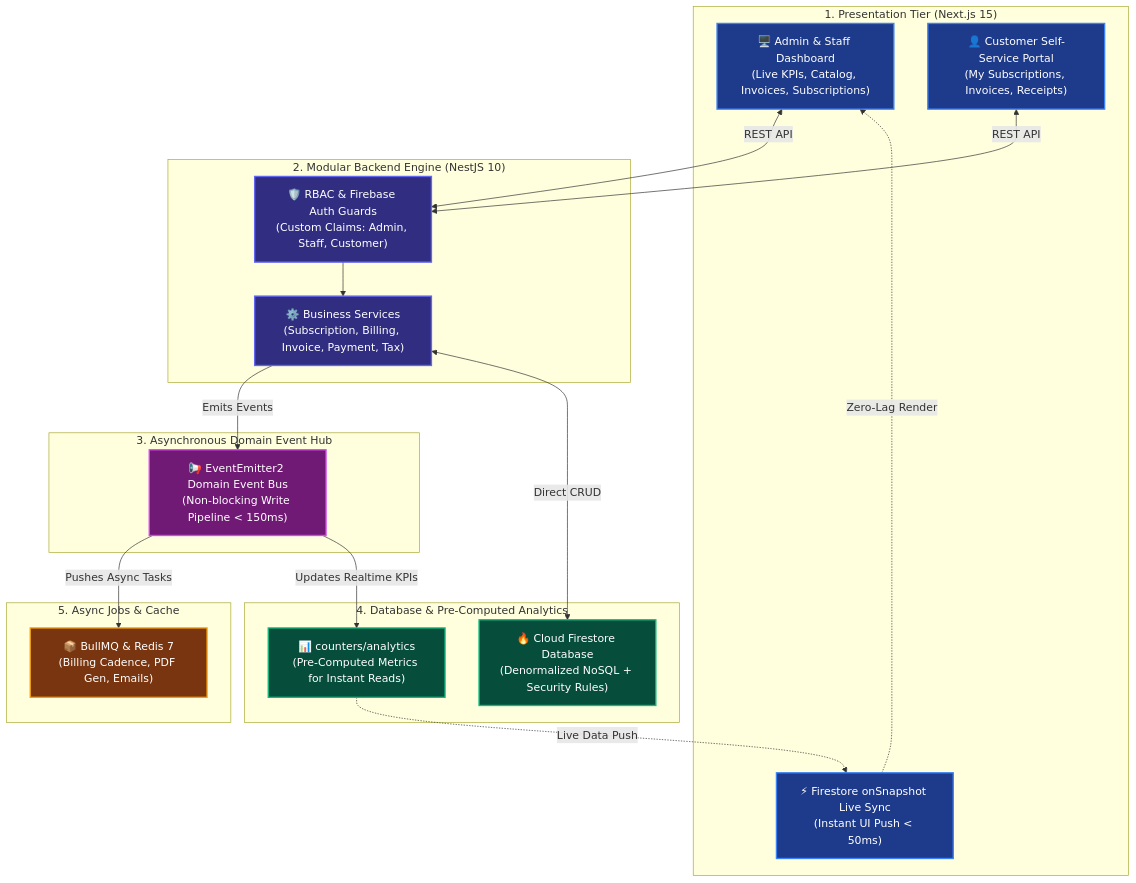
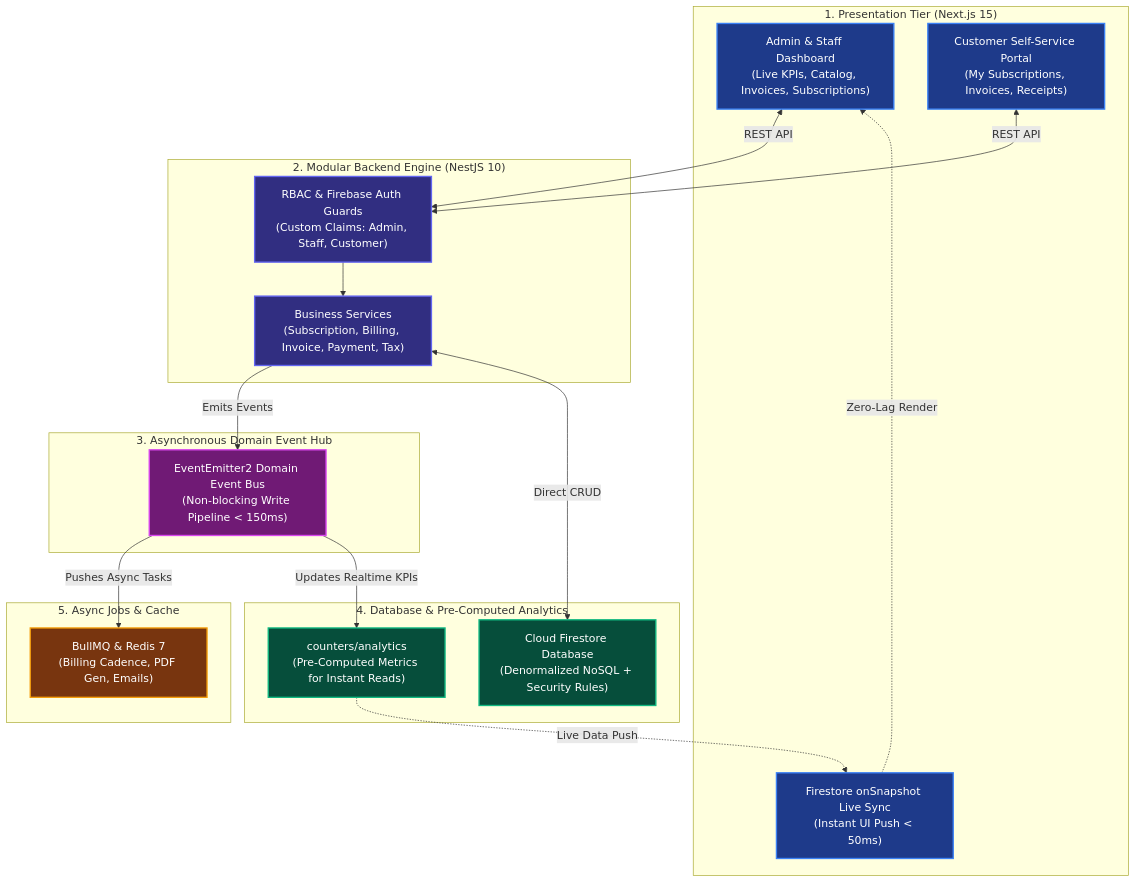
One commit to anandhukrishnaas1/SubFlow changed the diagram in README.md. Above: the diagram before and after it, drawn with Mermaid. The commit also changed other lines of this file and 1 other file, not shown here.

````diff
--- a/README.md
+++ b/README.md
@@ -18,43 +18,43 @@
 ```mermaid
 flowchart TB
     %% Styling Classes
     classDef clientTier fill:#1e3a8a,stroke:#3b82f6,stroke-width:2px,color:#ffffff;
     classDef apiTier fill:#312e81,stroke:#6366f1,stroke-width:2px,color:#ffffff;
     classDef eventTier fill:#701a75,stroke:#d946ef,stroke-width:2px,color:#ffffff;
     classDef dataTier fill:#064e3b,stroke:#10b981,stroke-width:2px,color:#ffffff;
     classDef asyncTier fill:#78350f,stroke:#f59e0b,stroke-width:2px,color:#ffffff;
 
     subgraph CLIENT["1. Presentation Tier (Next.js 15)"]
-        ADMIN_UI["🖥️ Admin & Staff Dashboard<br/>(Live KPIs, Catalog, Invoices, Subscriptions)"]:::clientTier
-        PORTAL_UI["👤 Customer Self-Service Portal<br/>(My Subscriptions, Invoices, Receipts)"]:::clientTier
-        LIVE_SYNC["⚡ Firestore onSnapshot Live Sync<br/>(Instant UI Push < 50ms)"]:::clientTier
+        ADMIN_UI["Admin & Staff Dashboard<br/>(Live KPIs, Catalog, Invoices, Subscriptions)"]:::clientTier
+        PORTAL_UI["Customer Self-Service Portal<br/>(My Subscriptions, Invoices, Receipts)"]:::clientTier
+        LIVE_SYNC["Firestore onSnapshot Live Sync<br/>(Instant UI Push < 50ms)"]:::clientTier
     end
 
     subgraph GATEWAY["2. Modular Backend Engine (NestJS 10)"]
-        AUTH_GUARD["🛡️ RBAC & Firebase Auth Guards<br/>(Custom Claims: Admin, Staff, Customer)"]:::apiTier
-        CORE_SERVICES["⚙️ Business Services<br/>(Subscription, Billing, Invoice, Payment, Tax)"]:::apiTier
+        AUTH_GUARD["RBAC & Firebase Auth Guards<br/>(Custom Claims: Admin, Staff, Customer)"]:::apiTier
+        CORE_SERVICES["Business Services<br/>(Subscription, Billing, Invoice, Payment, Tax)"]:::apiTier
     end
 
     subgraph EVENTS["3. Asynchronous Domain Event Hub"]
-        BUS["📢 EventEmitter2 Domain Event Bus<br/>(Non-blocking Write Pipeline < 150ms)"]:::eventTier
+        BUS["EventEmitter2 Domain Event Bus<br/>(Non-blocking Write Pipeline < 150ms)"]:::eventTier
     end
 
     subgraph DATA["4. Database & Pre-Computed Analytics"]
-        FIRESTORE["🔥 Cloud Firestore Database<br/>(Denormalized NoSQL + Security Rules)"]:::dataTier
-        COUNTERS["📊 counters/analytics<br/>(Pre-Computed Metrics for Instant Reads)"]:::dataTier
+        FIRESTORE["Cloud Firestore Database<br/>(Denormalized NoSQL + Security Rules)"]:::dataTier
+        COUNTERS["counters/analytics<br/>(Pre-Computed Metrics for Instant Reads)"]:::dataTier
     end
 
     subgraph WORKERS["5. Async Jobs & Cache"]
-        QUEUE["📦 BullMQ & Redis 7<br/>(Billing Cadence, PDF Gen, Emails)"]:::asyncTier
+        QUEUE["BullMQ & Redis 7<br/>(Billing Cadence, PDF Gen, Emails)"]:::asyncTier
     end
 
     ADMIN_UI <-->|REST API| AUTH_GUARD
     PORTAL_UI <-->|REST API| AUTH_GUARD
     AUTH_GUARD --> CORE_SERVICES
     CORE_SERVICES -->|Emits Events| BUS
     CORE_SERVICES <-->|Direct CRUD| FIRESTORE
     BUS -->|Pushes Async Tasks| QUEUE
     BUS -->|Updates Realtime KPIs| COUNTERS
     COUNTERS -.->|Live Data Push| LIVE_SYNC
     LIVE_SYNC -.->|Zero-Lag Render| ADMIN_UI
 ```
````
